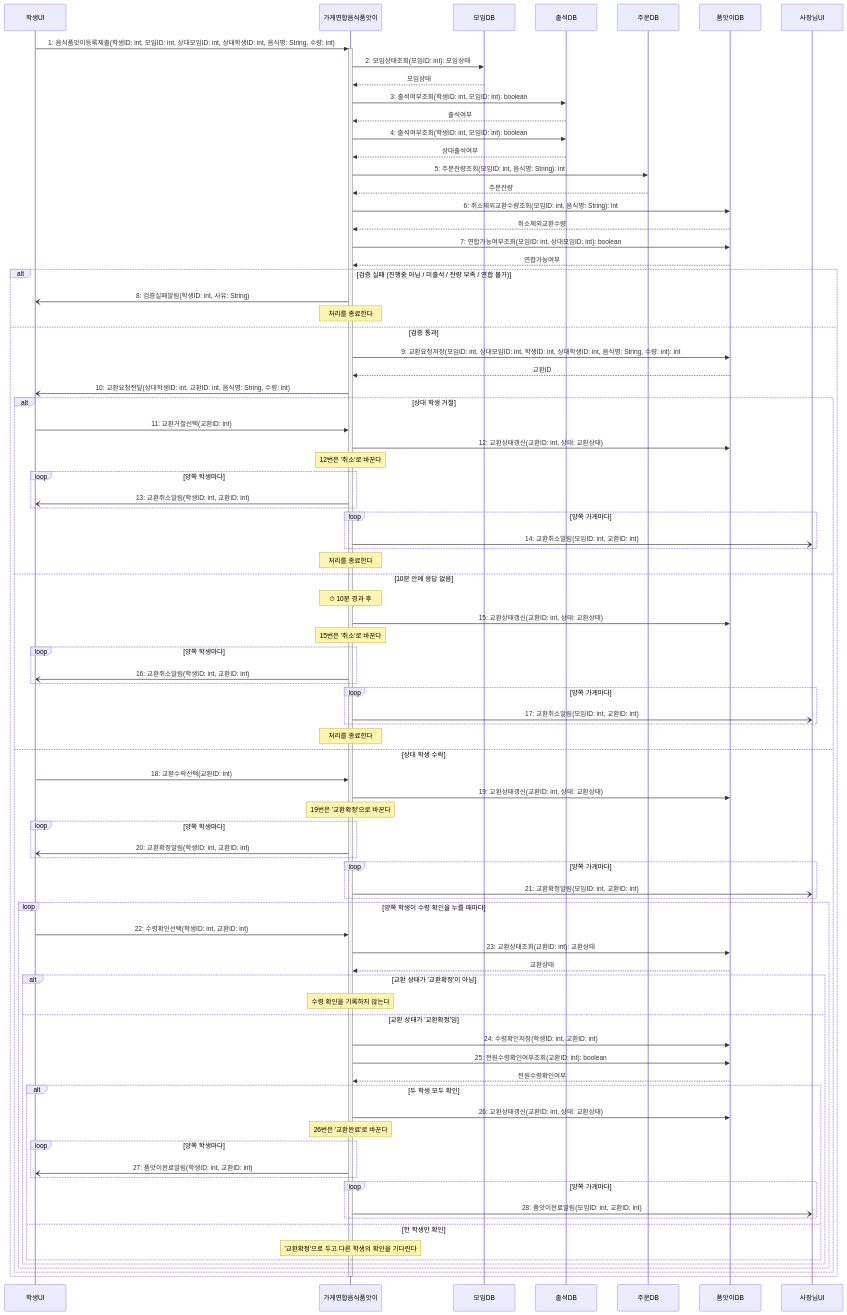
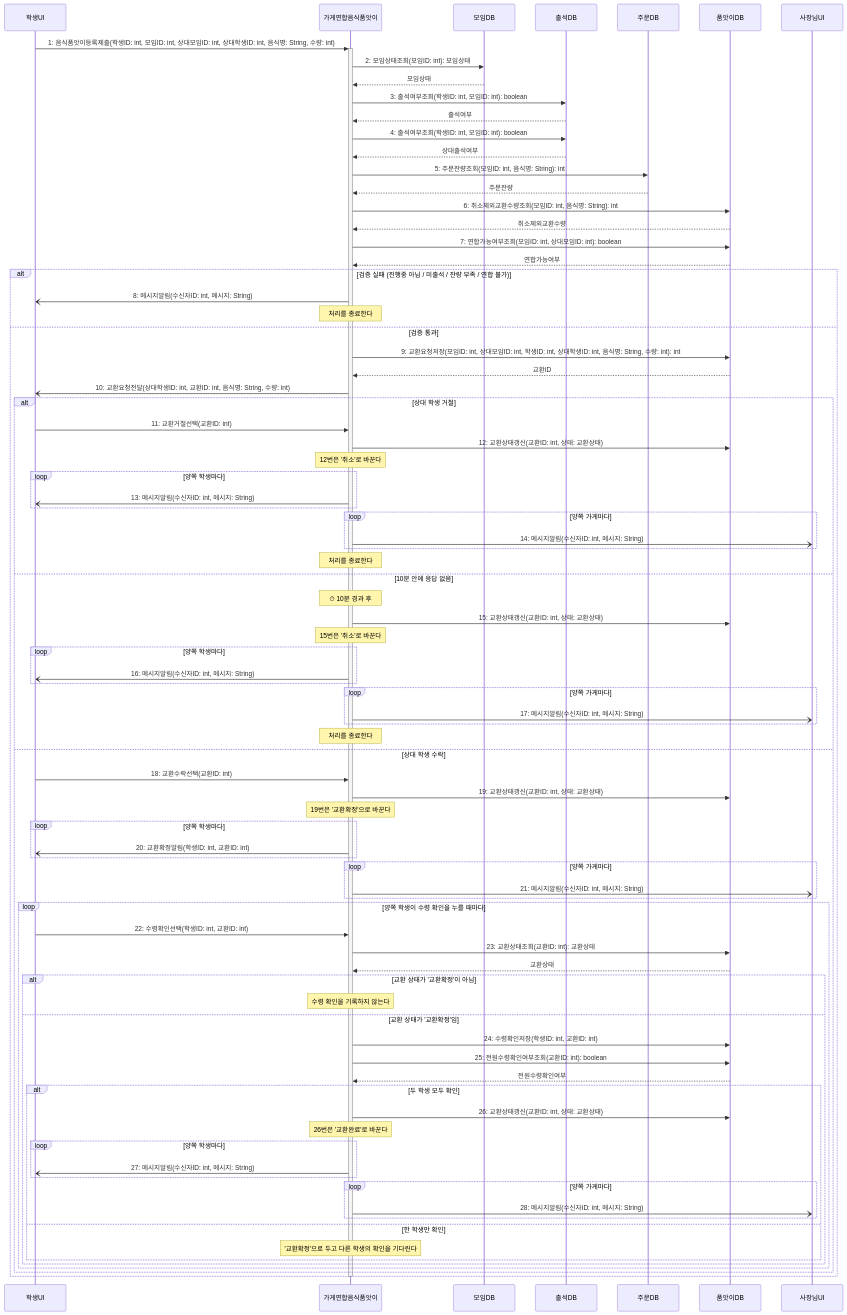
The diagram in sequence/seq-17.md (hojae3/sw-engineering-16), drawn with Mermaid before and after one commit. The commit also changed other lines of this file and 9 other files, not shown here.

```diff
--- a/sequence/seq-17.md
+++ b/sequence/seq-17.md
@@ -48,7 +48,7 @@
     품앗이DB-->>품앗이: 연합가능여부
 
     alt 검증 실패 (진행중 아님 / 미출석 / 잔량 부족 / 연합 불가)
-        품앗이-)학생UI: 8: 검증실패알림(학생ID: int, 사유: String)
+        품앗이-)학생UI: 8: 메시지알림(수신자ID: int, 메시지: String)
         Note over 품앗이: 처리를 종료한다
     else 검증 통과
         품앗이->>품앗이DB: 9: 교환요청저장(모임ID: int, 상대모임ID: int, 학생ID: int, 상대학생ID: int, 음식명: String, 수량: int): int
@@ -60,10 +60,10 @@
             품앗이->>품앗이DB: 12: 교환상태갱신(교환ID: int, 상태: 교환상태)
             Note over 품앗이: 12번은 '취소'로 바꾼다
             loop 양쪽 학생마다
-                품앗이-)학생UI: 13: 교환취소알림(학생ID: int, 교환ID: int)
+                품앗이-)학생UI: 13: 메시지알림(수신자ID: int, 메시지: String)
             end
             loop 양쪽 가게마다
-                품앗이-)사장님UI: 14: 교환취소알림(모임ID: int, 교환ID: int)
+                품앗이-)사장님UI: 14: 메시지알림(수신자ID: int, 메시지: String)
             end
             Note over 품앗이: 처리를 종료한다
         else 10분 안에 응답 없음
@@ -71,10 +71,10 @@
             품앗이->>품앗이DB: 15: 교환상태갱신(교환ID: int, 상태: 교환상태)
             Note over 품앗이: 15번은 '취소'로 바꾼다
             loop 양쪽 학생마다
-                품앗이-)학생UI: 16: 교환취소알림(학생ID: int, 교환ID: int)
+                품앗이-)학생UI: 16: 메시지알림(수신자ID: int, 메시지: String)
             end
             loop 양쪽 가게마다
-                품앗이-)사장님UI: 17: 교환취소알림(모임ID: int, 교환ID: int)
+                품앗이-)사장님UI: 17: 메시지알림(수신자ID: int, 메시지: String)
             end
             Note over 품앗이: 처리를 종료한다
         else 상대 학생 수락
@@ -85,7 +85,7 @@
                 품앗이-)학생UI: 20: 교환확정알림(학생ID: int, 교환ID: int)
             end
             loop 양쪽 가게마다
-                품앗이-)사장님UI: 21: 교환확정알림(모임ID: int, 교환ID: int)
+                품앗이-)사장님UI: 21: 메시지알림(수신자ID: int, 메시지: String)
             end
 
             loop 양쪽 학생이 수령 확인을 누를 때마다
@@ -102,10 +102,10 @@
                         품앗이->>품앗이DB: 26: 교환상태갱신(교환ID: int, 상태: 교환상태)
                         Note over 품앗이: 26번은 '교환완료'로 바꾼다
                         loop 양쪽 학생마다
-                            품앗이-)학생UI: 27: 품앗이완료알림(학생ID: int, 교환ID: int)
+                            품앗이-)학생UI: 27: 메시지알림(수신자ID: int, 메시지: String)
                         end
                         loop 양쪽 가게마다
-                            품앗이-)사장님UI: 28: 품앗이완료알림(모임ID: int, 교환ID: int)
+                            품앗이-)사장님UI: 28: 메시지알림(수신자ID: int, 메시지: String)
                         end
                     else 한 학생만 확인
                         Note over 품앗이: '교환확정'으로 두고 다른 학생의 확인을 기다린다
```
